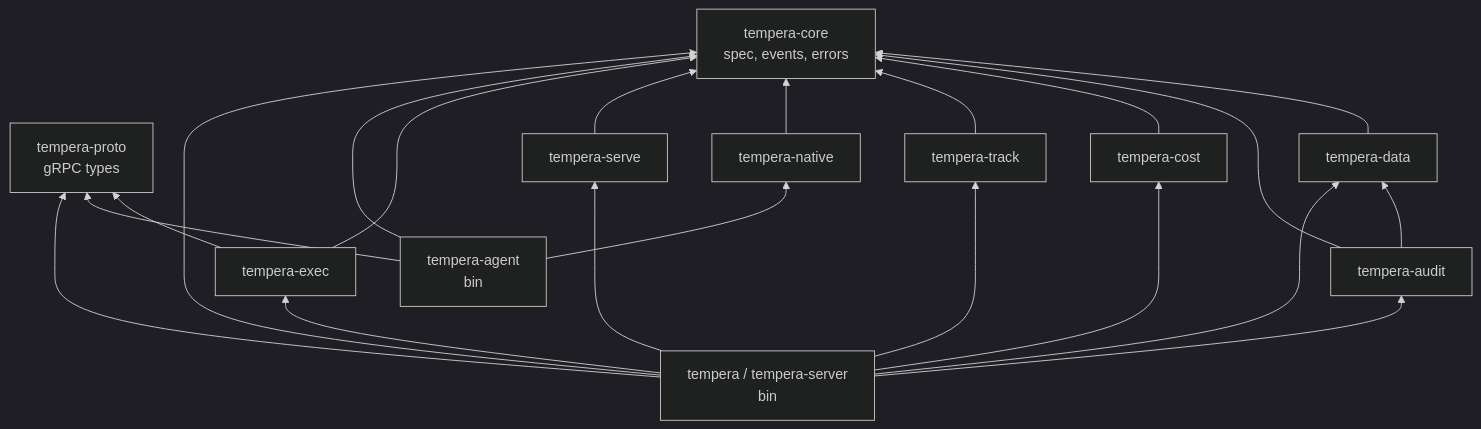
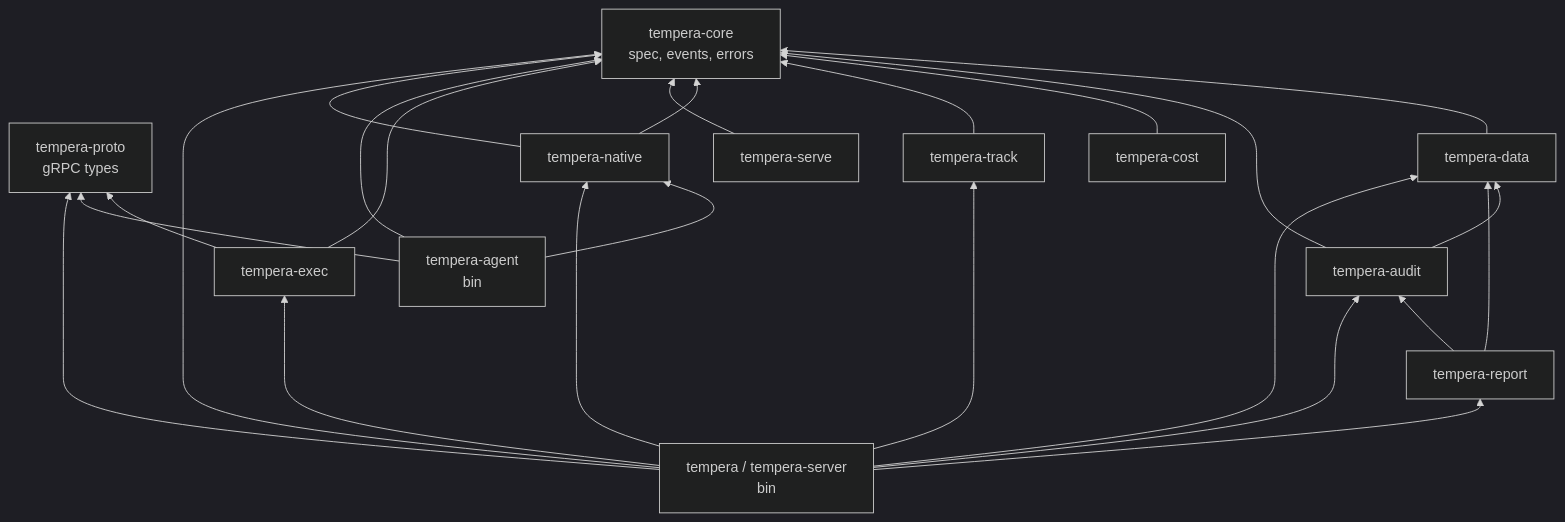
Before and after one commit to roanbrasil/tempera: the diagram in crates/README.md, drawn with Mermaid (dark theme). The commit also changed other lines of this file and 8 other files, not shown here.

First line of the commit message:
feat(cli): orchestrator and tempera CLI (init, ingest, audit, run, runs, report)

````diff
--- a/crates/README.md
+++ b/crates/README.md
@@ -3,20 +3,22 @@
 ```mermaid
 flowchart BT
   core[tempera-core<br/>spec, events, errors]
   proto[tempera-proto<br/>gRPC types]
   data[tempera-data] --> core
   audit[tempera-audit] --> core
   audit --> data
   cost[tempera-cost] --> core
   track[tempera-track] --> core
   native[tempera-native] --> core
   serve[tempera-serve] --> core
   exec[tempera-exec] --> core
   exec --> proto
   agent[tempera-agent<br/>bin] --> core
   agent --> proto
   agent --> native
+  native --> core
   server[tempera / tempera-server<br/>bin] --> core
   server --> proto
-  server --> data & audit & cost & track & exec & serve
+  report[tempera-report] --> data & audit
+  server --> data & audit & track & exec & report & native
 ```
````
